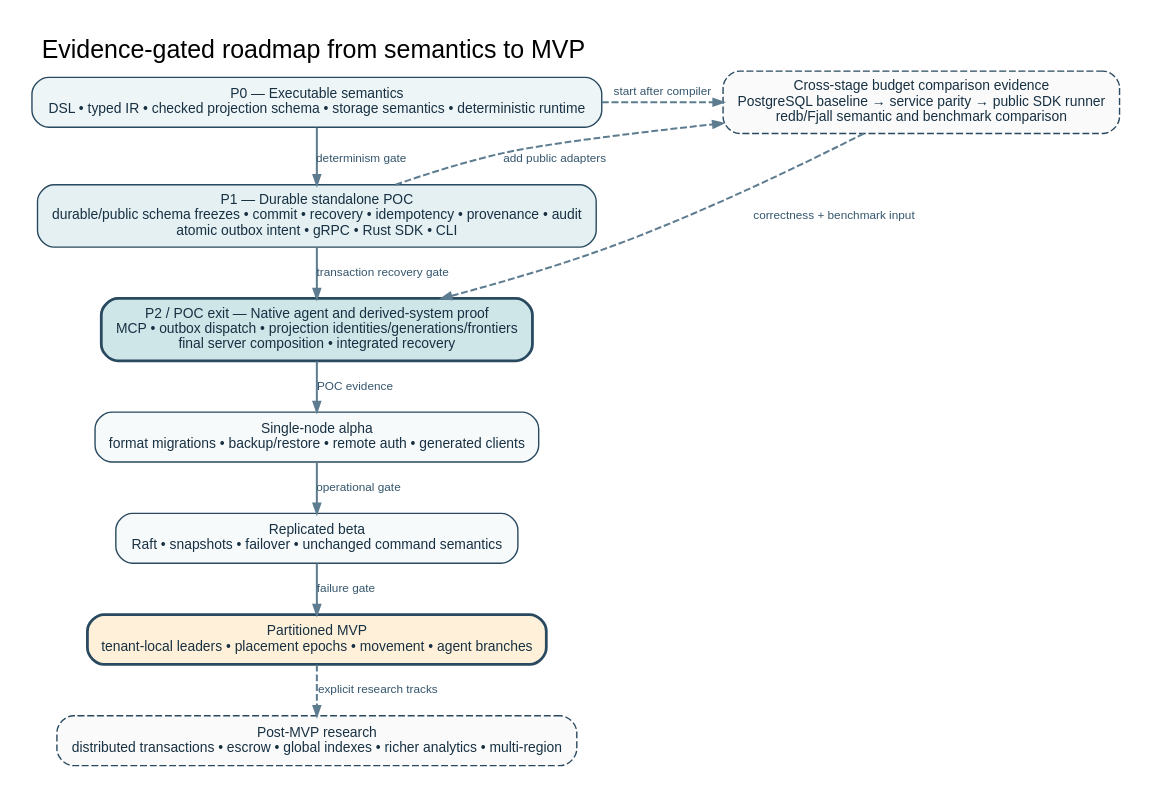
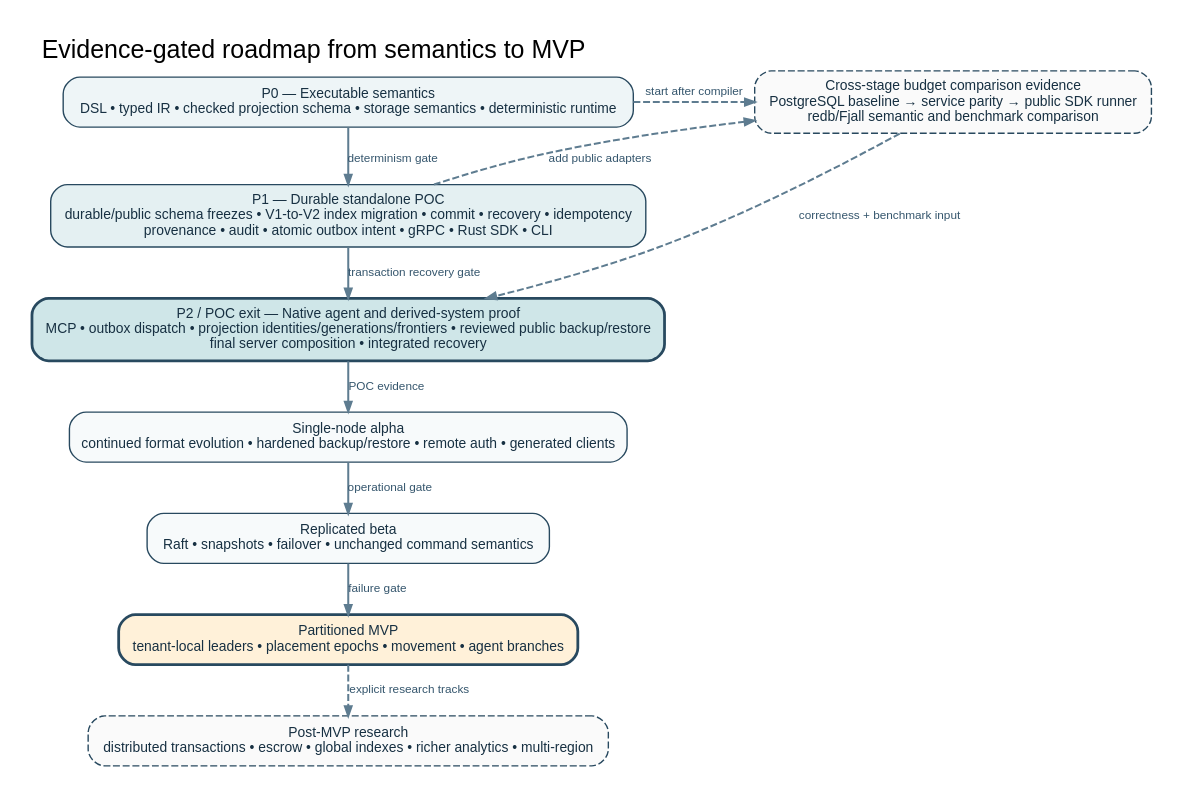
The diagram in diagrams/roadmap.dot (riffdb/riffdb), drawn with Graphviz before and after one commit. The commit also changed 23 other files, not shown here.

```diff
--- a/diagrams/roadmap.dot
+++ b/diagrams/roadmap.dot
@@ -1,24 +1,24 @@
 digraph G {
   graph [rankdir=TB, bgcolor="white", pad="0.22", nodesep="0.25", ranksep="0.38", fontname="Liberation Sans", fontsize=18, label="Evidence-gated roadmap from semantics to MVP", labelloc="t", labeljust="l"];
   node [shape=box, style="rounded,filled", fontname="Liberation Sans", fontsize=10, margin="0.16,0.08", color="#28495F", fillcolor="#F7FAFB", fontcolor="#173042"];
   edge [color="#5E7C90", penwidth=1.45, arrowsize=0.70, fontname="Liberation Sans", fontsize=8.5, fontcolor="#35566D"];
 
   p0 [label="P0 — Executable semantics\nDSL • typed IR • checked projection schema • storage semantics • deterministic runtime", fillcolor="#EEF5F7"];
-  p1 [label="P1 — Durable standalone POC\ndurable/public schema freezes • commit • recovery • idempotency • provenance • audit\natomic outbox intent • gRPC • Rust SDK • CLI", fillcolor="#E4F0F2"];
-  p2 [label="P2 / POC exit — Native agent and derived-system proof\nMCP • outbox dispatch • projection identities/generations/frontiers\nfinal server composition • integrated recovery", fillcolor="#CFE6E8", penwidth=2.0];
+  p1 [label="P1 — Durable standalone POC\ndurable/public schema freezes • V1-to-V2 index migration • commit • recovery • idempotency\nprovenance • audit • atomic outbox intent • gRPC • Rust SDK • CLI", fillcolor="#E4F0F2"];
+  p2 [label="P2 / POC exit — Native agent and derived-system proof\nMCP • outbox dispatch • projection identities/generations/frontiers • reviewed public backup/restore\nfinal server composition • integrated recovery", fillcolor="#CFE6E8", penwidth=2.0];
   evidence [label="Cross-stage budget comparison evidence\nPostgreSQL baseline → service parity → public SDK runner\nredb/Fjall semantic and benchmark comparison", style="rounded,filled,dashed", fillcolor="#FAFAFA"];
-  a [label="Single-node alpha\nformat migrations • backup/restore • remote auth • generated clients"];
+  a [label="Single-node alpha\ncontinued format evolution • hardened backup/restore • remote auth • generated clients"];
   b [label="Replicated beta\nRaft • snapshots • failover • unchanged command semantics"];
   c [label="Partitioned MVP\ntenant-local leaders • placement epochs • movement • agent branches", fillcolor="#FFF1D9", penwidth=2.0];
   post [label="Post-MVP research\ndistributed transactions • escrow • global indexes • richer analytics • multi-region", style="rounded,filled,dashed", fillcolor="#FAFAFA"];
 
   p0 -> p1 [label="determinism gate"];
   p1 -> p2 [label="transaction recovery gate"];
   p0 -> evidence [style=dashed, label="start after compiler", constraint=false];
   p1 -> evidence [style=dashed, label="add public adapters", constraint=false];
   evidence -> p2 [style=dashed, label="correctness + benchmark input", constraint=false];
   p2 -> a [label="POC evidence"];
   a -> b [label="operational gate"];
   b -> c [label="failure gate"];
   c -> post [style=dashed, label="explicit research tracks"];
 }
```
